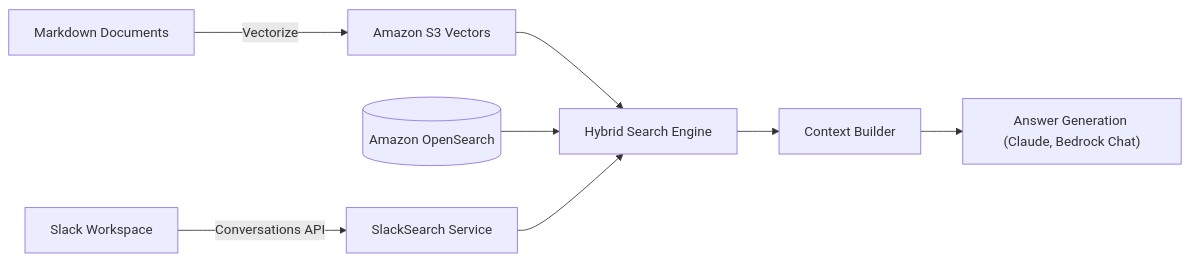
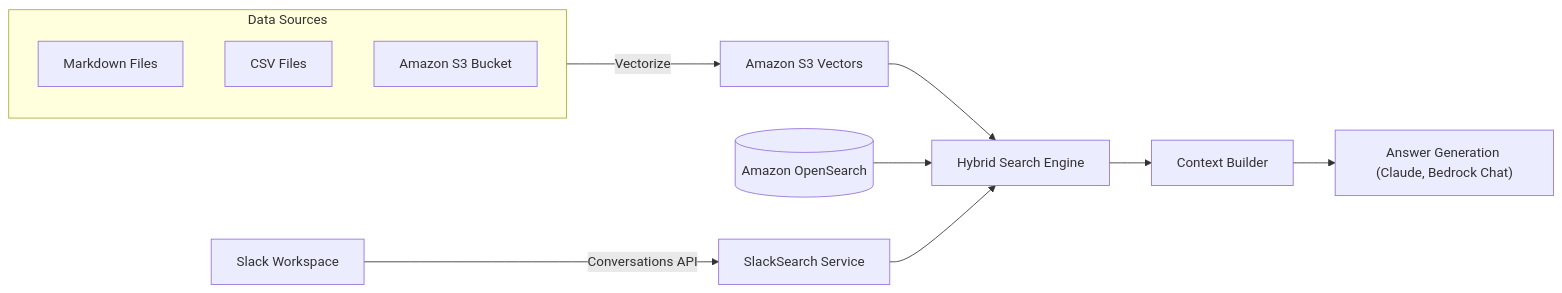
One commit to ca-srg/ragent changed the first of 6 diagrams in README.md. Above: the diagram before and after it, drawn with Mermaid. The commit also changed other lines of this file and 39 other files, not shown here.

````diff
--- a/README.md
+++ b/README.md
@@ -95,10 +96,16 @@
 ```mermaid
 graph LR
-    MD[Markdown Documents] -->|Vectorize| VE[Amazon S3 Vectors]
+    subgraph Sources["Data Sources"]
+        MD[Markdown Files]
+        CSV[CSV Files]
+        S3[Amazon S3 Bucket]
+    end
+
+    Sources -->|Vectorize| VE[Amazon S3 Vectors]
     VE --> HY[Hybrid Search Engine]
     OS[(Amazon OpenSearch)] --> HY
     SL[Slack Workspace] -->|Conversations API| SS[SlackSearch Service]
     SS --> HY
     HY --> CT[Context Builder]
     CT --> AN["Answer Generation (Claude, Bedrock Chat)"]
 ```
````
